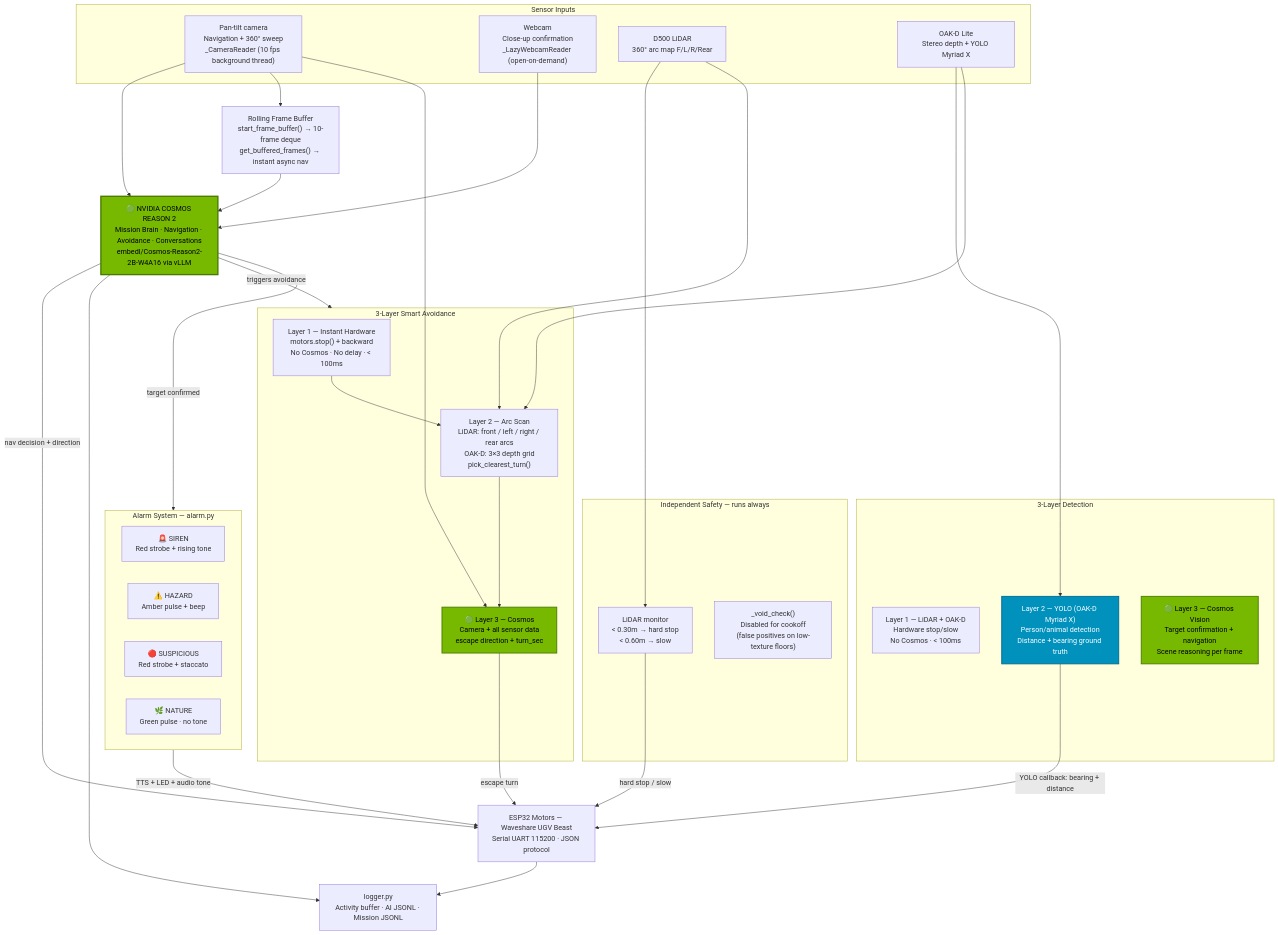
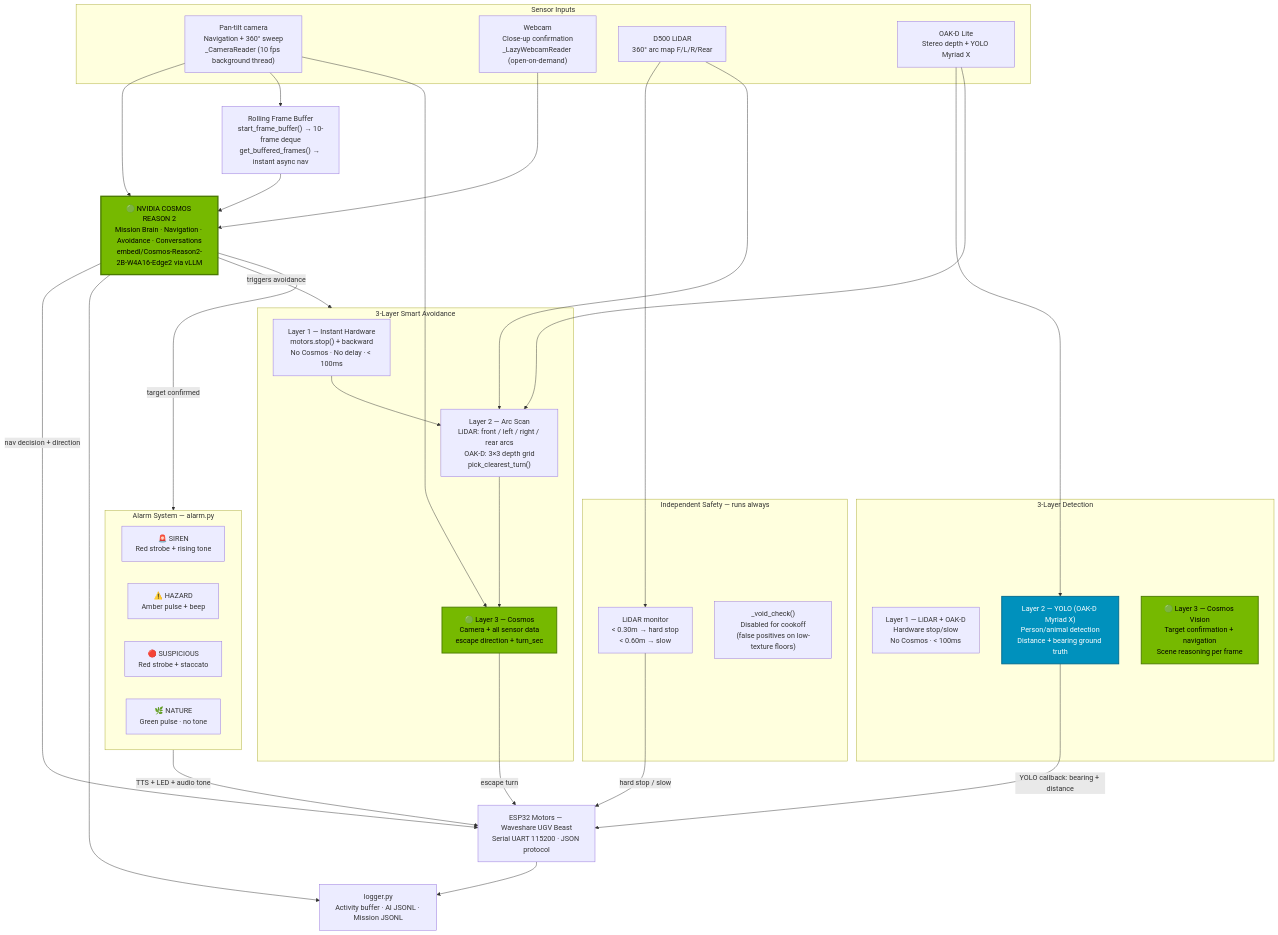
Before and after one commit to OppaAI/eric: the first of 3 diagrams in docs/ARCHITECTURE.md, drawn with Mermaid.

Commit message:
Update ARCHITECTURE.md to the latest VLM model

````diff
--- a/docs/ARCHITECTURE.md
+++ b/docs/ARCHITECTURE.md
@@ -9,60 +9,60 @@
 ```mermaid
 flowchart TD
-    COSMOS["🟢 NVIDIA COSMOS REASON 2\nMission Brain · Navigation · Avoidance · Conversations\nembedl/Cosmos-Reason2-2B-W4A16 via vLLM"]
+    COSMOS["🟢 NVIDIA COSMOS REASON 2\nMission Brain · Navigation · Avoidance · Conversations\nembedl/Cosmos-Reason2-2B-W4A16-Edge2 via vLLM"]
     style COSMOS fill:#76b900,color:#000,stroke:#4a7a00,stroke-width:3px
 
     subgraph SENSORS["Sensor Inputs"]
         CAM2["Pan-tilt camera\nNavigation + 360° sweep\n_CameraReader (10 fps background thread)"]
         CAM1["Webcam\nClose-up confirmation\n_LazyWebcamReader (open-on-demand)"]
         LIDAR["D500 LiDAR\n360° arc map F/L/R/Rear"]
         OAKD["OAK-D Lite\nStereo depth + YOLO Myriad X"]
     end
 
     subgraph DETECTION["3-Layer Detection"]
         L1["Layer 1 — LiDAR + OAK-D\nHardware stop/slow\nNo Cosmos · < 100ms"]
         L2["Layer 2 — YOLO (OAK-D Myriad X)\nPerson/animal detection\nDistance + bearing ground truth"]
         L3["🟢 Layer 3 — Cosmos Vision\nTarget confirmation + navigation\nScene reasoning per frame"]
         style L2 fill:#0091BD,color:#fff,stroke:#006a8e,stroke-width:2px
         style L3 fill:#76b900,color:#000,stroke:#4a7a00,stroke-width:2px
     end
 
     subgraph AVOIDANCE["3-Layer Smart Avoidance"]
         AV1["Layer 1 — Instant Hardware\nmotors.stop() + backward\nNo Cosmos · No delay · < 100ms"]
         AV2["Layer 2 — Arc Scan\nLiDAR: front / left / right / rear arcs\nOAK-D: 3×3 depth grid\npick_clearest_turn()"]
         AV3["🟢 Layer 3 — Cosmos\nCamera + all sensor data\nescape direction + turn_sec"]
         style AV3 fill:#76b900,color:#000,stroke:#4a7a00,stroke-width:2px
         AV1 --> AV2 --> AV3
     end
 
     subgraph SAFETY["Independent Safety — runs always"]
         LIDAR_MON["LiDAR monitor\n< 0.30m → hard stop\n< 0.60m → slow"]
         VOID["_void_check()\nDisabled for cookoff\n(false positives on low-texture floors)"]
     end
 
     subgraph ALARM["Alarm System — alarm.py"]
         SIREN["🚨 SIREN\nRed strobe + rising tone"]
         HAZARD["⚠️ HAZARD\nAmber pulse + beep"]
         SUSP["🔴 SUSPICIOUS\nRed strobe + staccato"]
         NATURE["🌿 NATURE\nGreen pulse · no tone"]
     end
 
     MOTORS["ESP32 Motors — Waveshare UGV Beast\nSerial UART 115200 · JSON protocol"]
     LOGGER["logger.py\nActivity buffer · AI JSONL · Mission JSONL"]
     BUF["Rolling Frame Buffer\nstart_frame_buffer() → 10-frame deque\nget_buffered_frames() → instant async nav"]
 
     CAM1 & CAM2 --> COSMOS
     CAM2 --> BUF --> COSMOS
     LIDAR --> LIDAR_MON & AV2
     OAKD --> L2 & AV2
     CAM2 --> AV3
 
     COSMOS -->|"nav decision + direction"| MOTORS
     COSMOS -->|"triggers avoidance"| AVOIDANCE
     COSMOS -->|"target confirmed"| ALARM
     L2 -->|"YOLO callback: bearing + distance"| MOTORS
     AV3 -->|"escape turn"| MOTORS
     LIDAR_MON -->|"hard stop / slow"| MOTORS
     ALARM -->|"TTS + LED + audio tone"| MOTORS
     COSMOS --> LOGGER
     MOTORS --> LOGGER
 ```
````
